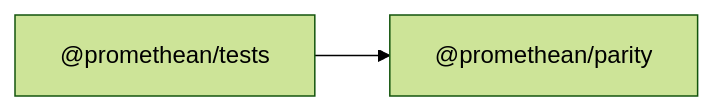
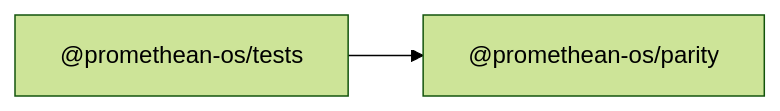
Before and after one commit to octave-commons/promethean: the diagram in docs/packages/parity/README.md, drawn with Mermaid (forest theme). The commit also changed other lines of this file and 1753 other files, not shown here.

````diff
--- a/docs/packages/parity/README.md
+++ b/docs/packages/parity/README.md
@@ -14,7 +14,7 @@
 ```mermaid
 graph LR
-  A["@promethean/parity"]
-  R1["@promethean/tests"]
-  R1["@promethean/tests"] --> A
-  click R1 "../tests/README.md" "@promethean/tests"
+  A["@promethean-os/parity"]
+  R1["@promethean-os/tests"]
+  R1["@promethean-os/tests"] --> A
+  click R1 "../tests/README.md" "@promethean-os/tests"
 ```
````
